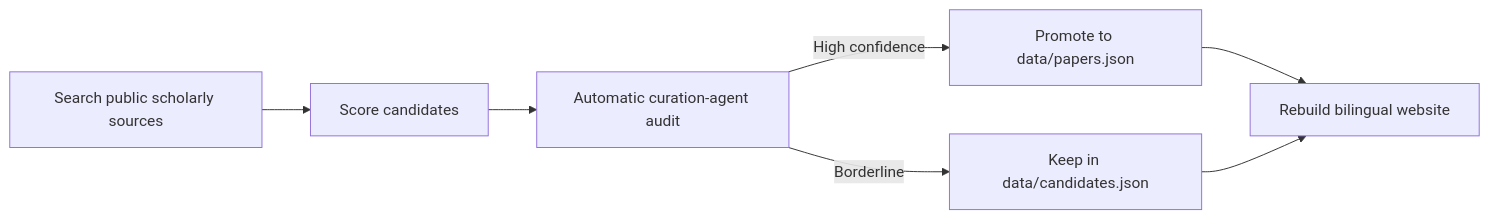
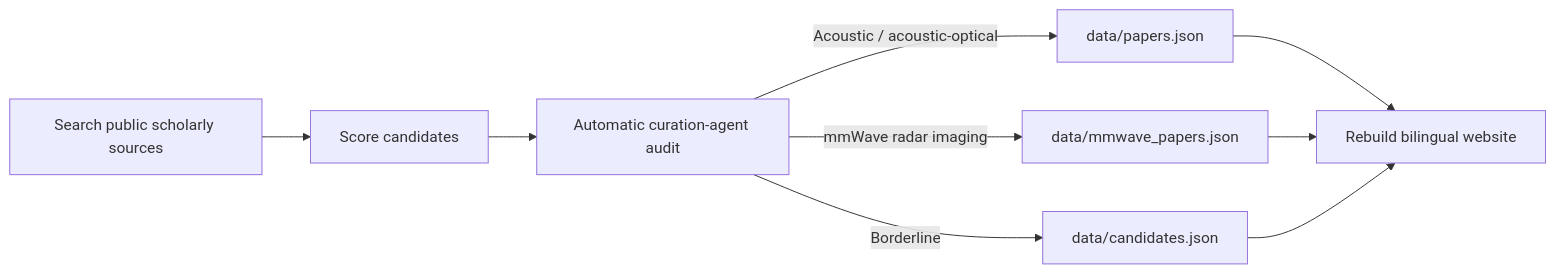
Before and after one commit to ruixv/acoustic-optics-imaging: the diagram in README.md, drawn with Mermaid. The commit also changed other lines of this file, not shown here.

Commit message:
Document mmWave radar imaging track

````diff
--- a/README.md
+++ b/README.md
@@ -96,9 +101,11 @@
 ```mermaid
 flowchart LR
     A[Search public scholarly sources] --> B[Score candidates]
     B --> C[Automatic curation-agent audit]
-    C -->|High confidence| D[Promote to data/papers.json]
-    C -->|Borderline| E[Keep in data/candidates.json]
+    C -->|Acoustic / acoustic-optical| D[data/papers.json]
+    C -->|mmWave radar imaging| M[data/mmwave_papers.json]
+    C -->|Borderline| E[data/candidates.json]
     D --> F[Rebuild bilingual website]
+    M --> F
     E --> F
 ```
````
